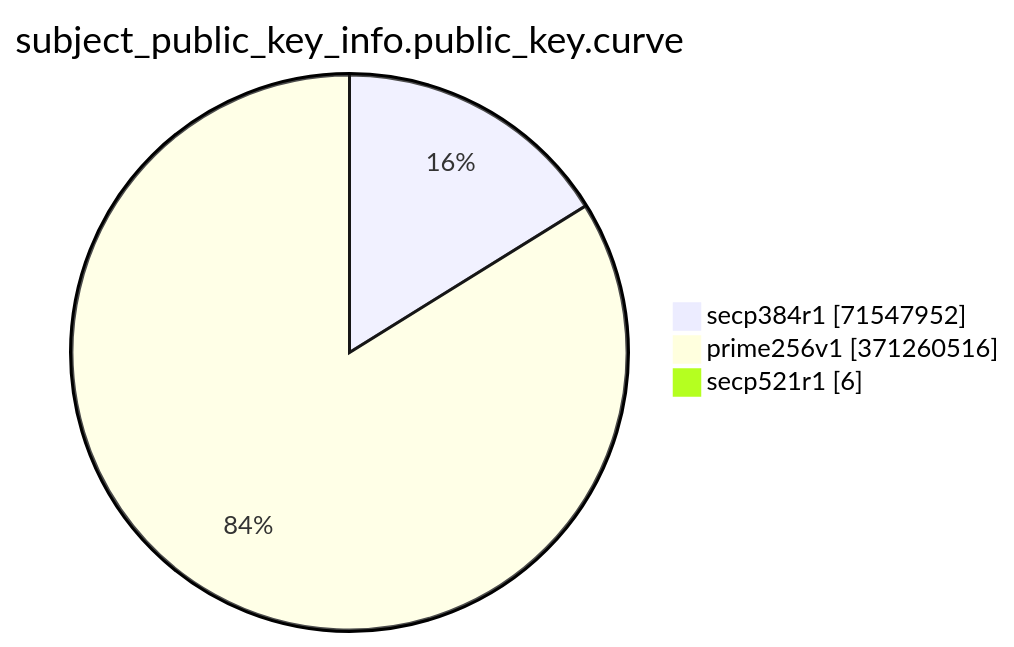
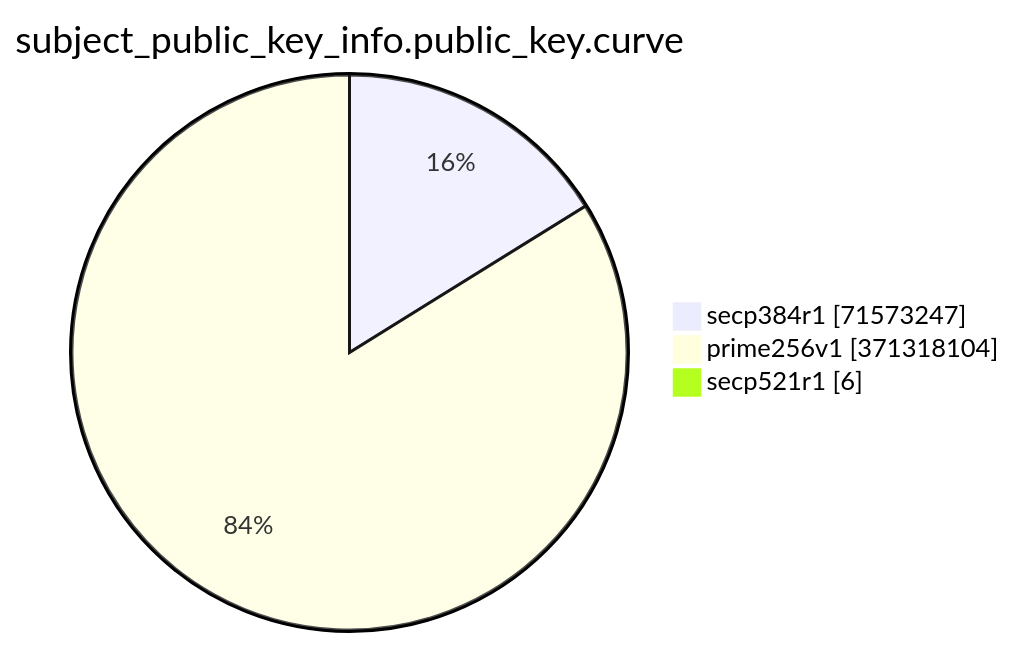
One commit to christiankrug/ctmonitor_visualization changed the eighth of 15 diagrams in TOTAL/README.md. Above: the diagram before and after it, drawn with Mermaid. The commit also changed other lines of this file, not shown here.

````diff
--- a/TOTAL/README.md
+++ b/TOTAL/README.md
@@ -3094,7 +3094,7 @@
 ```mermaid
 pie showData
 title subject_public_key_info.public_key.curve
-"secp384r1" :71547952
-"prime256v1" :371260516
+"secp384r1" :71573247
+"prime256v1" :371318104
 "secp521r1" :6
 ```
````
